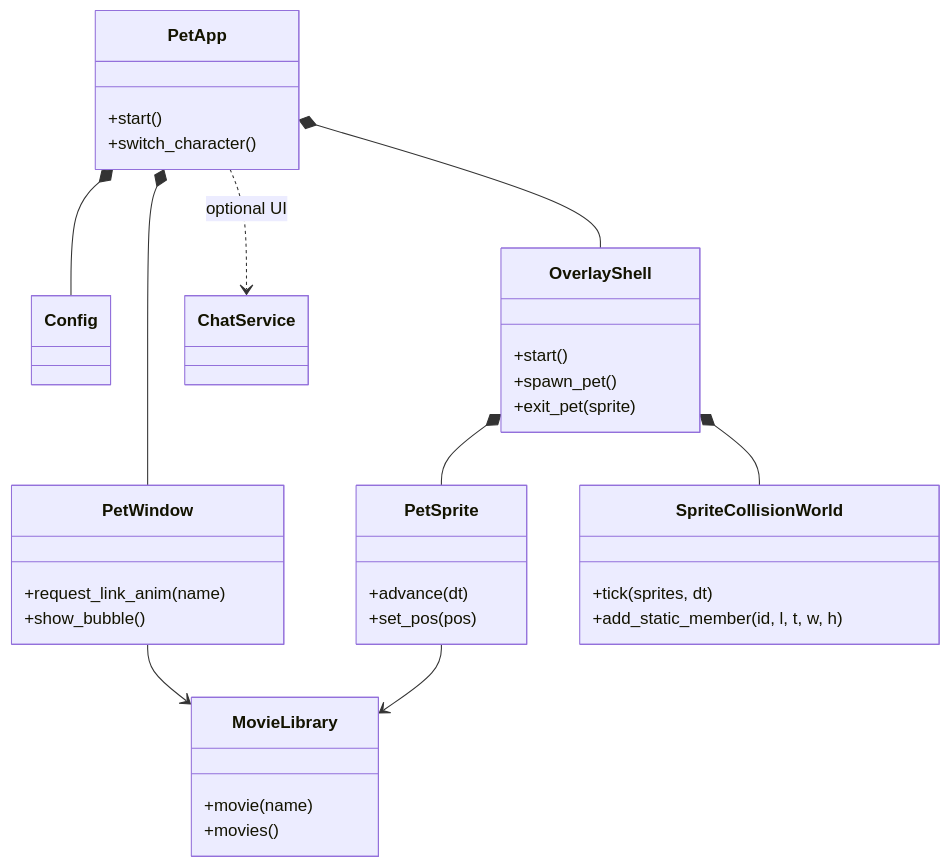
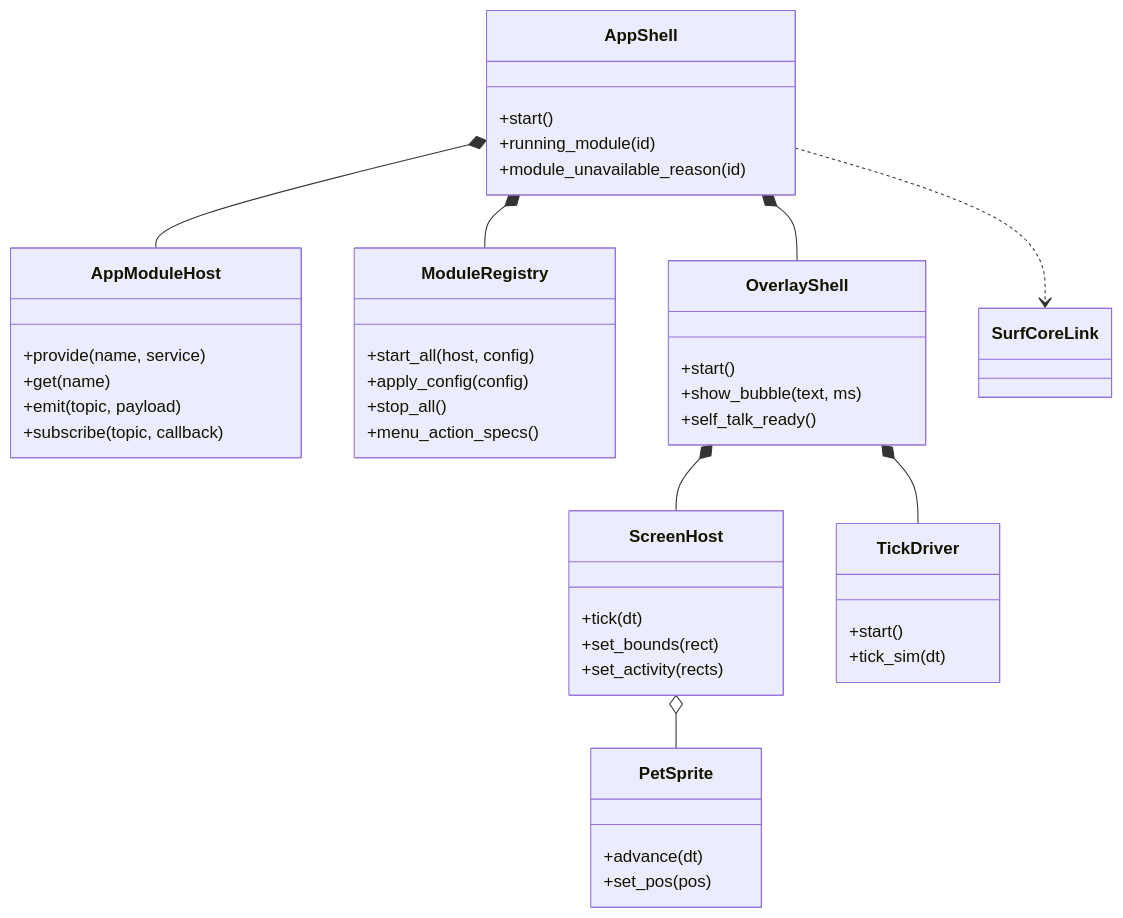
One commit to Littlecool9/dsh-pet-indesktop changed the diagram in AGENTS.md. Above: the diagram before and after it, drawn with Mermaid. The commit also changed other lines of this file and 43 other files, not shown here.

````diff
--- a/AGENTS.md
+++ b/AGENTS.md
@@ -16,39 +15,47 @@
 ```mermaid
 classDiagram
-    class PetApp {
+    class AppShell {
       +start()
-      +switch_character()
+      +running_module(id)
+      +module_unavailable_reason(id)
     }
-    class Config
-    class PetWindow {
-      +request_link_anim(name)
-      +show_bubble()
+    class AppModuleHost {
+      +provide(name, service)
+      +get(name)
+      +emit(topic, payload)
+      +subscribe(topic, callback)
     }
-    class MovieLibrary {
-      +movie(name)
-      +movies()
+    class ModuleRegistry {
+      +start_all(host, config)
+      +apply_config(config)
+      +stop_all()
+      +menu_action_specs()
     }
     class OverlayShell {
       +start()
-      +spawn_pet()
-      +exit_pet(sprite)
+      +show_bubble(text, ms)
+      +self_talk_ready()
+    }
+    class ScreenHost {
+      +tick(dt)
+      +set_bounds(rect)
+      +set_activity(rects)
     }
     class PetSprite {
       +advance(dt)
       +set_pos(pos)
     }
-    class SpriteCollisionWorld {
-      +tick(sprites, dt)
-      +add_static_member(id, l, t, w, h)
+    class TickDriver {
+      +start()
+      +tick_sim(dt)
     }
-    class ChatService
+    class SurfCoreLink
 
-    PetApp *-- Config
-    PetApp *-- PetWindow
-    PetApp *-- OverlayShell
-    OverlayShell *-- PetSprite
-    OverlayShell *-- SpriteCollisionWorld
-    PetWindow --> MovieLibrary
-    PetSprite --> MovieLibrary
-    PetApp ..> ChatService : optional UI
+    AppShell *-- AppModuleHost
+    AppShell *-- ModuleRegistry
+    AppShell *-- OverlayShell
+    OverlayShell *-- ScreenHost
+    OverlayShell *-- TickDriver
+    ScreenHost o-- PetSprite
+    AppShell ..> SurfCoreLink
 ```
````
